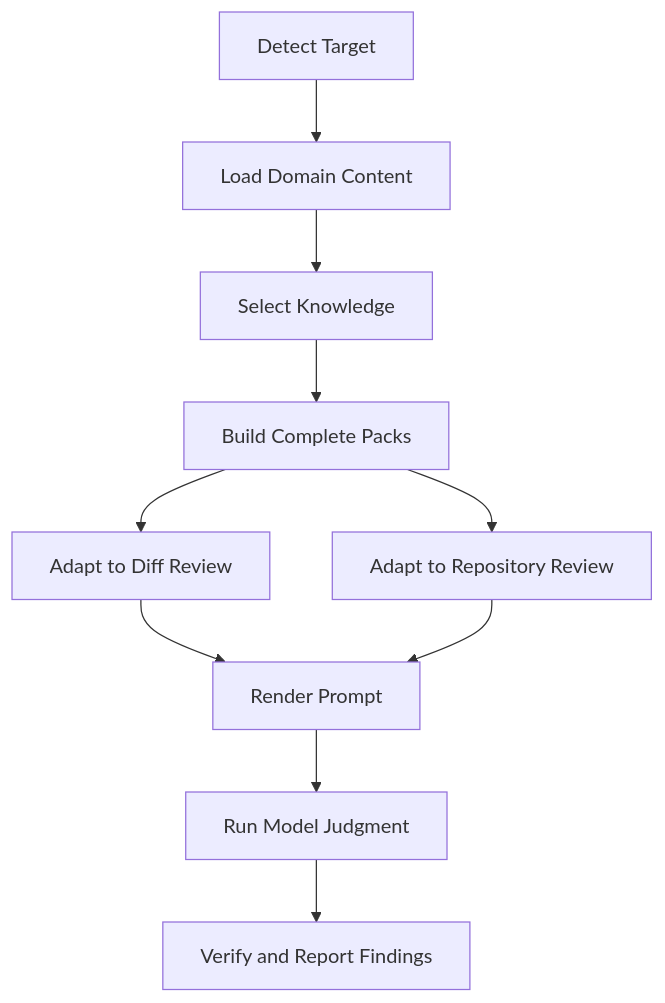
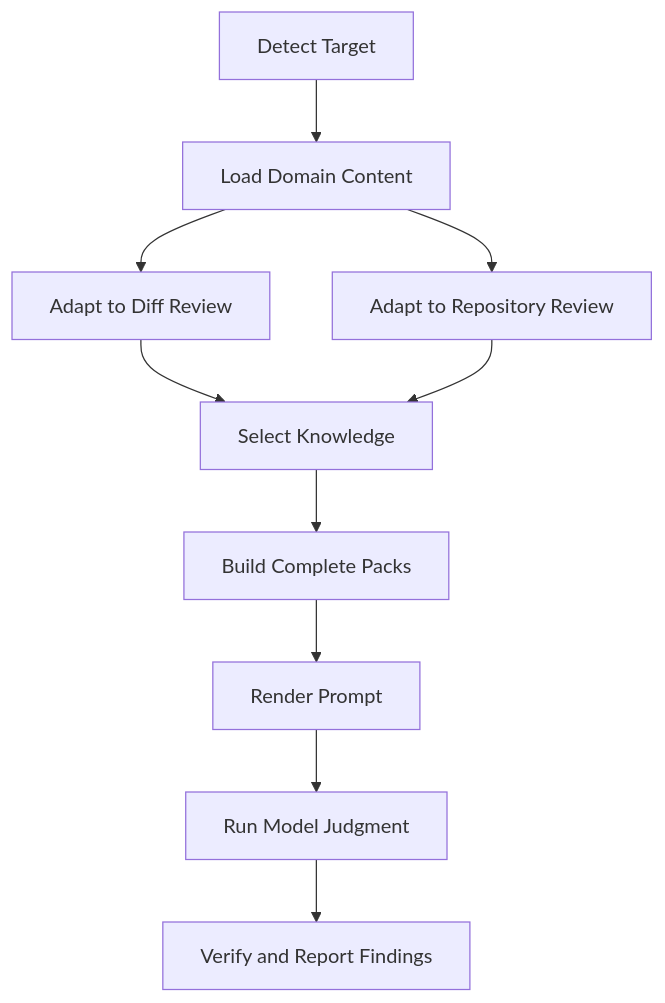
Before and after one commit to eth4nr00t/cyberjury: the diagram in docs/knowledge-design.md, drawn with Mermaid. The commit also changed other lines of this file and 69 other files, not shown here.

````diff
--- a/docs/knowledge-design.md
+++ b/docs/knowledge-design.md
@@ -233,12 +235,12 @@
 ```mermaid
 flowchart TD
     A[Detect Target] --> B[Load Domain Content]
-    B --> C[Select Knowledge]
-    C --> D[Build Complete Packs]
-    D --> E[Adapt to Diff Review]
-    D --> F[Adapt to Repository Review]
-    E --> G[Render Prompt]
-    F --> G
+    B --> C[Adapt to Diff Review]
+    B --> D[Adapt to Repository Review]
+    C --> E[Select Knowledge]
+    D --> E
+    E --> F[Build Complete Packs]
+    F --> G[Render Prompt]
     G --> H[Run Model Judgment]
     H --> I[Verify and Report Findings]
 ```
````
